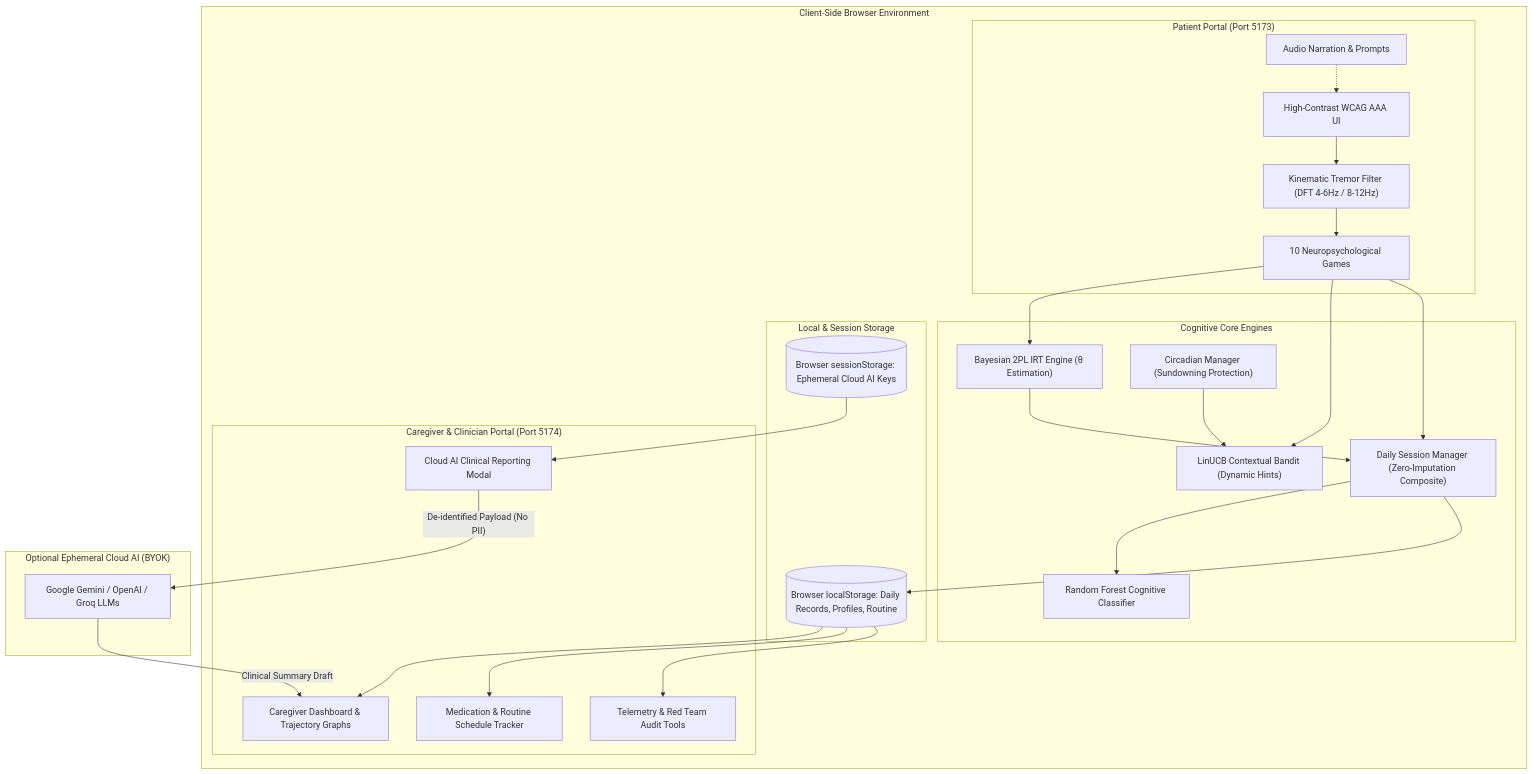
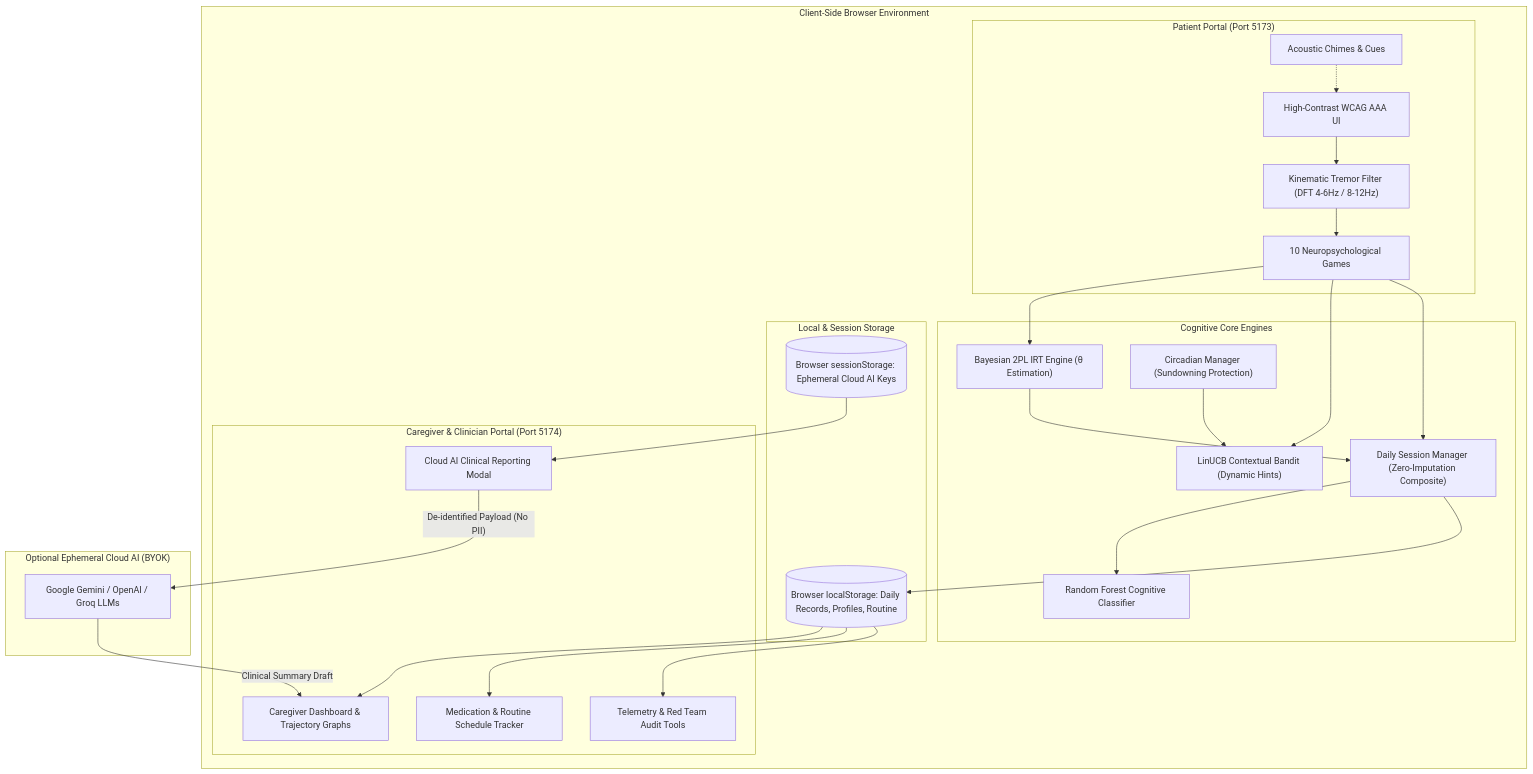
Before and after one commit to ParthNaukarkar/Dementia-: the diagram in README.md, drawn with Mermaid. The commit also changed other lines of this file and 13 other files, not shown here.

````diff
--- a/README.md
+++ b/README.md
@@ -49,52 +49,52 @@
 ```mermaid
 flowchart TD
     subgraph Client_Browser ["Client-Side Browser Environment"]
         subgraph Patient_Portal ["Patient Portal (Port 5173)"]
             UI["High-Contrast WCAG AAA UI"]
-            Audio["Audio Narration & Prompts"]
+            Audio["Acoustic Chimes & Cues"]
             KF["Kinematic Tremor Filter (DFT 4-6Hz / 8-12Hz)"]
             Games["10 Neuropsychological Games"]
             UI --> KF --> Games
             Audio -.-> UI
         end
 
         subgraph Engine_Layer ["Cognitive Core Engines"]
             IRT["Bayesian 2PL IRT Engine (θ Estimation)"]
             Bandit["LinUCB Contextual Bandit (Dynamic Hints)"]
             Circadian["Circadian Manager (Sundowning Protection)"]
             Classifier["Random Forest Cognitive Classifier"]
             DSM["Daily Session Manager (Zero-Imputation Composite)"]
             
             Games --> IRT
             Games --> Bandit
             Circadian --> Bandit
             IRT --> DSM
             Games --> DSM
             DSM --> Classifier
         end
 
         subgraph Local_Storage ["Local & Session Storage"]
             LS[("Browser localStorage: Daily Records, Profiles, Routine")]
             SS[("Browser sessionStorage: Ephemeral Cloud AI Keys")]
             DSM --> LS
         end
 
         subgraph Caregiver_Portal ["Caregiver & Clinician Portal (Port 5174)"]
             Dash["Caregiver Dashboard & Trajectory Graphs"]
             Meds["Medication & Routine Schedule Tracker"]
             Audit["Telemetry & Red Team Audit Tools"]
             AIModal["Cloud AI Clinical Reporting Modal"]
             
             LS --> Dash
             LS --> Meds
             LS --> Audit
             SS --> AIModal
         end
     end
 
     subgraph External_Cloud ["Optional Ephemeral Cloud AI (BYOK)"]
         LLM["Google Gemini / OpenAI / Groq LLMs"]
         AIModal -- "De-identified Payload (No PII)" --> LLM
         LLM -- "Clinical Summary Draft" --> Dash
     end
 ```
````
